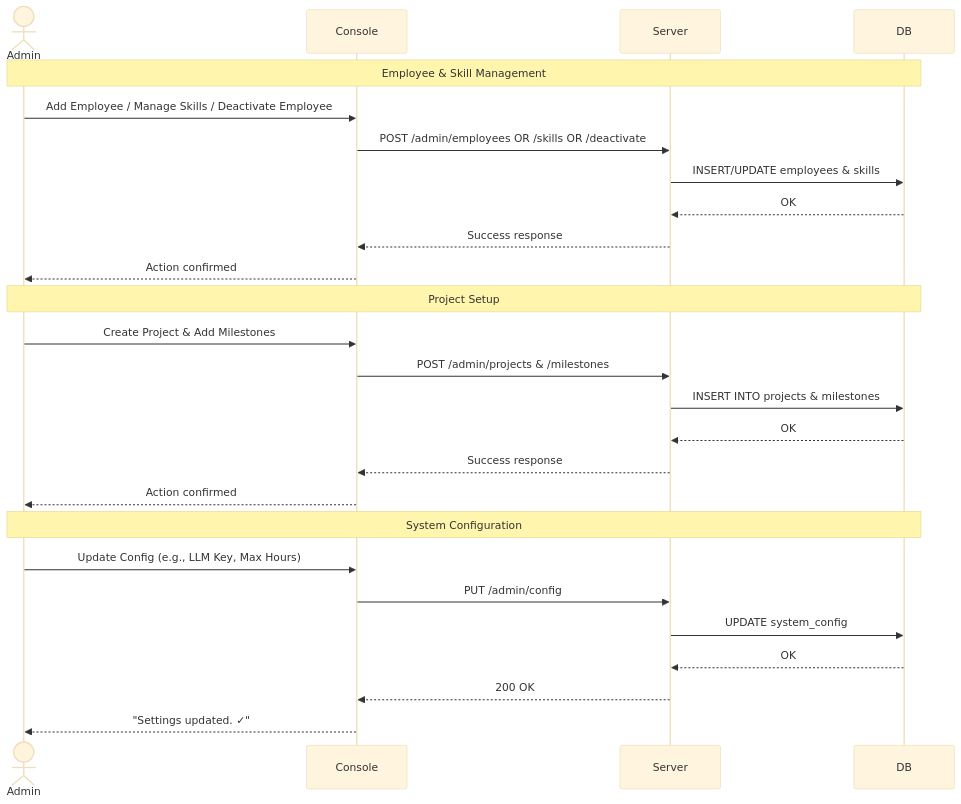
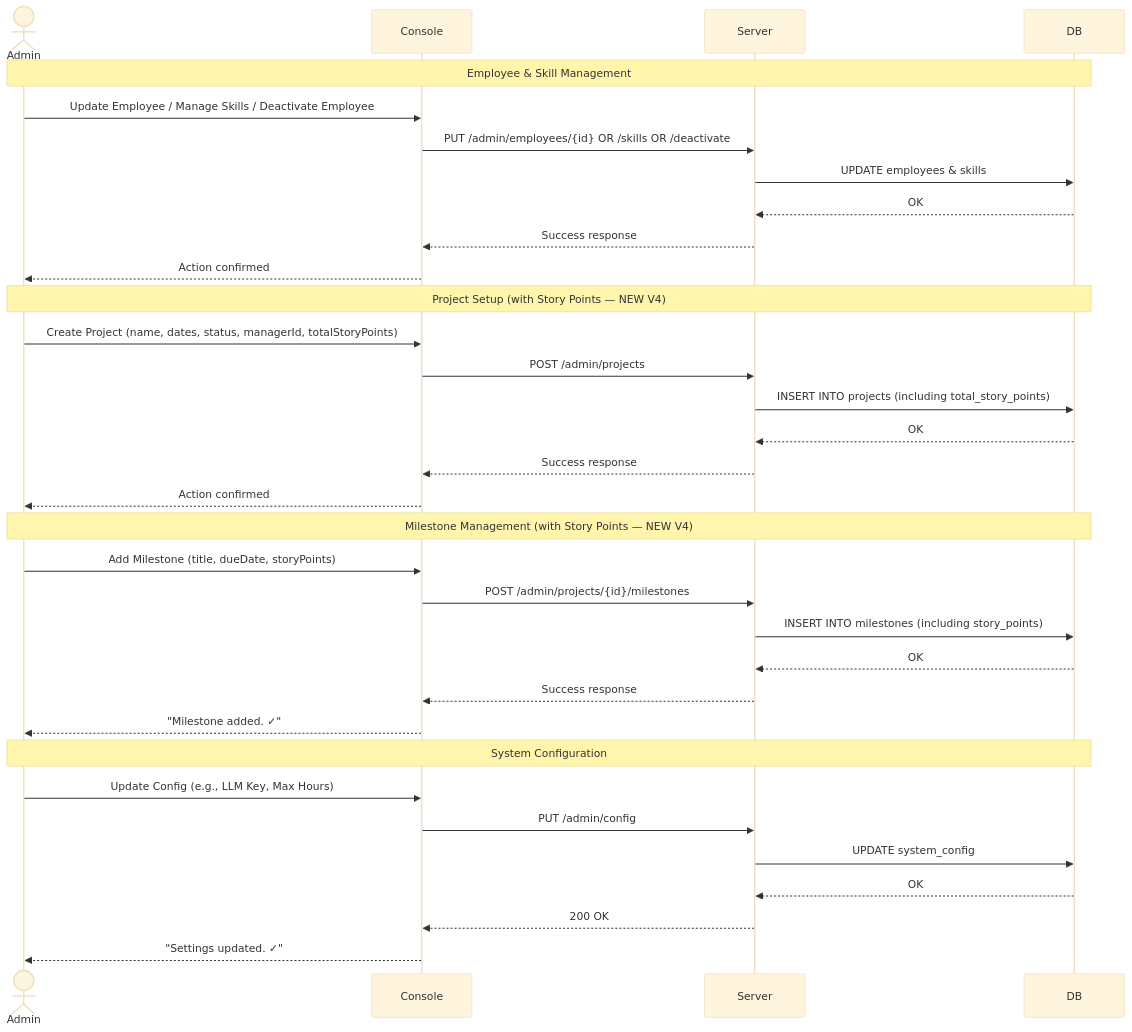
Before and after one commit to RiyaAmetaITT/Project-Resource-Management-tool: the second of 5 diagrams in UML Design/sequence_diagrams.md, drawn with Mermaid (base theme). The commit also changed other lines of this file and 4 other files, not shown here.

Commit message:
Updated the design diagrams

````diff
--- a/UML Design/sequence_diagrams.md
+++ b/UML Design/sequence_diagrams.md
@@ -58,31 +66,39 @@
 ```mermaid
 sequenceDiagram
     actor Admin
     participant Console
     participant Server
     participant DB
 
     Note over Admin,DB: Employee & Skill Management
-    Admin->>Console: Add Employee / Manage Skills / Deactivate Employee
-    Console->>Server: POST /admin/employees OR /skills OR /deactivate
-    Server->>DB: INSERT/UPDATE employees & skills
+    Admin->>Console: Update Employee / Manage Skills / Deactivate Employee
+    Console->>Server: PUT /admin/employees/{id} OR /skills OR /deactivate
+    Server->>DB: UPDATE employees & skills
     DB-->>Server: OK
     Server-->>Console: Success response
     Console-->>Admin: Action confirmed
 
-    Note over Admin,DB: Project Setup
-    Admin->>Console: Create Project & Add Milestones
-    Console->>Server: POST /admin/projects & /milestones
-    Server->>DB: INSERT INTO projects & milestones
+    Note over Admin,DB: Project Setup (with Story Points — NEW V4)
+    Admin->>Console: Create Project (name, dates, status, managerId, totalStoryPoints)
+    Console->>Server: POST /admin/projects
+    Server->>DB: INSERT INTO projects (including total_story_points)
     DB-->>Server: OK
     Server-->>Console: Success response
     Console-->>Admin: Action confirmed
-    
+
+    Note over Admin,DB: Milestone Management (with Story Points — NEW V4)
+    Admin->>Console: Add Milestone (title, dueDate, storyPoints)
+    Console->>Server: POST /admin/projects/{id}/milestones
+    Server->>DB: INSERT INTO milestones (including story_points)
+    DB-->>Server: OK
+    Server-->>Console: Success response
+    Console-->>Admin: "Milestone added. ✓"
+
     Note over Admin,DB: System Configuration
     Admin->>Console: Update Config (e.g., LLM Key, Max Hours)
     Console->>Server: PUT /admin/config
     Server->>DB: UPDATE system_config
     DB-->>Server: OK
     Server-->>Console: 200 OK
     Console-->>Admin: "Settings updated. ✓"
 ```
````
